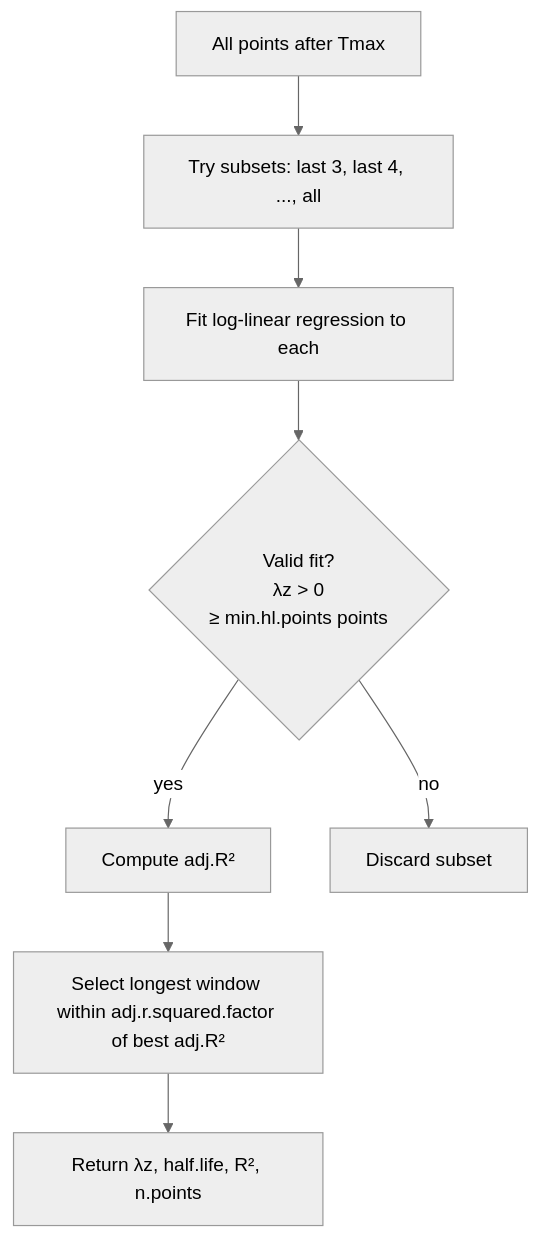
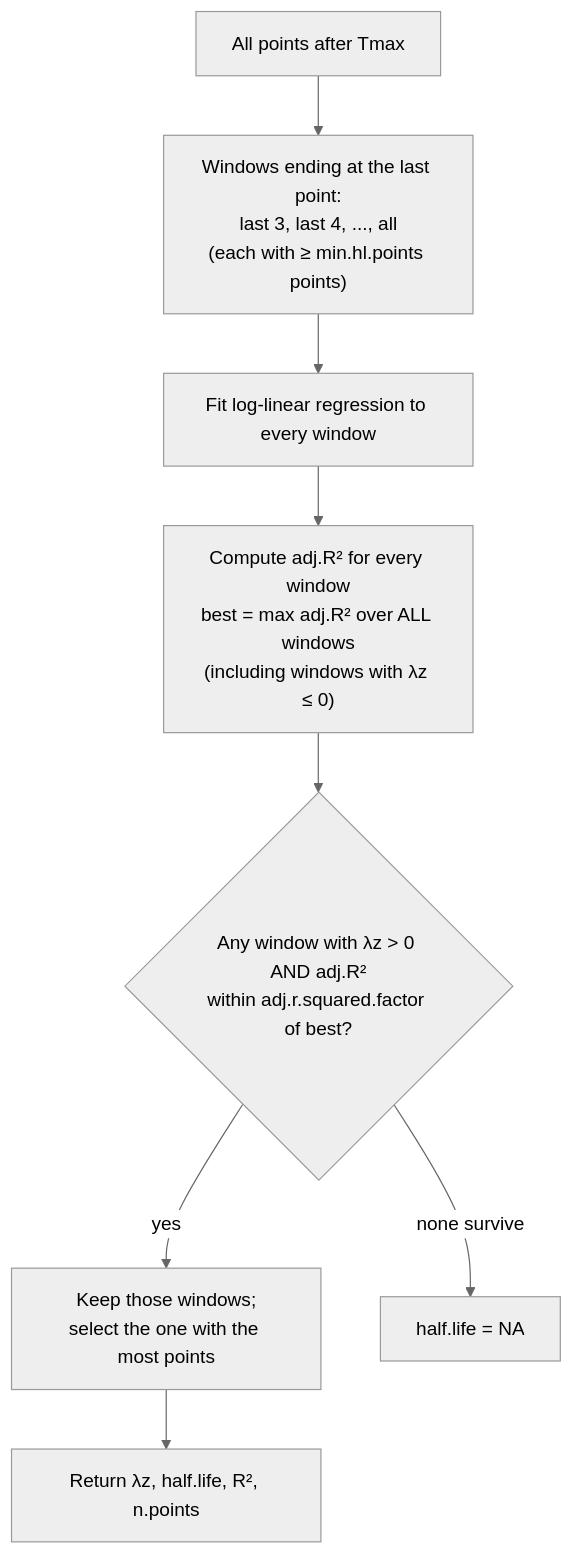
One commit to humanpred/pknca-book changed the diagram in user/halflife.qmd. Above: the diagram before and after it, drawn with Mermaid (neutral theme). The commit also changed other lines of this file and 11 other files, not shown here.

````diff
--- a/user/halflife.qmd
+++ b/user/halflife.qmd
@@ -31,10 +31,10 @@
 ```{mermaid}
 flowchart TD
-    A["All points after Tmax"] --> B["Try subsets: last 3, last 4, ..., all"]
-    B --> C["Fit log-linear regression to each"]
-    C --> D{"Valid fit?<br/>λz > 0<br/>≥ min.hl.points points"}
-    D -- yes --> E["Compute adj.R²"]
-    D -- no --> F["Discard subset"]
-    E --> G["Select longest window within adj.r.squared.factor of best adj.R²"]
-    G --> H["Return λz, half.life, R², n.points"]
+    A["All points after Tmax"] --> B["Windows ending at the last point:<br/>last 3, last 4, ..., all<br/>(each with ≥ min.hl.points points)"]
+    B --> C["Fit log-linear regression to every window"]
+    C --> D["Compute adj.R² for every window<br/>best = max adj.R² over ALL windows<br/>(including windows with λz ≤ 0)"]
+    D --> E{"Any window with λz > 0 AND adj.R²<br/>within adj.r.squared.factor of best?"}
+    E -- yes --> F["Keep those windows;<br/>select the one with the most points"]
+    F --> G["Return λz, half.life, R², n.points"]
+    E -- "none survive" --> H["half.life = NA"]
 ```
````
